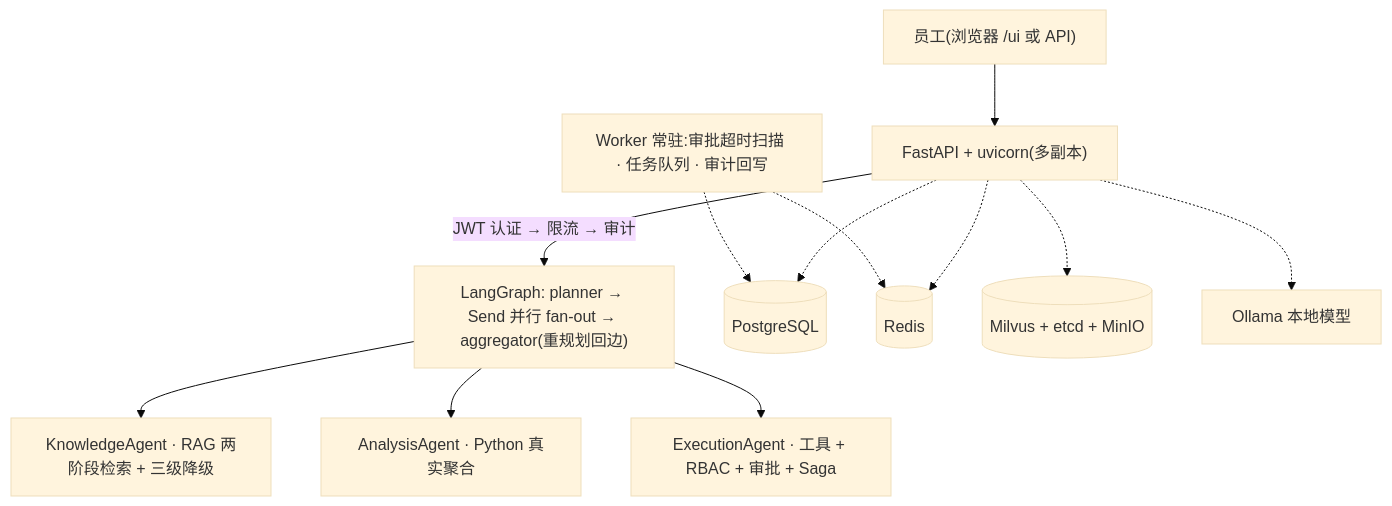
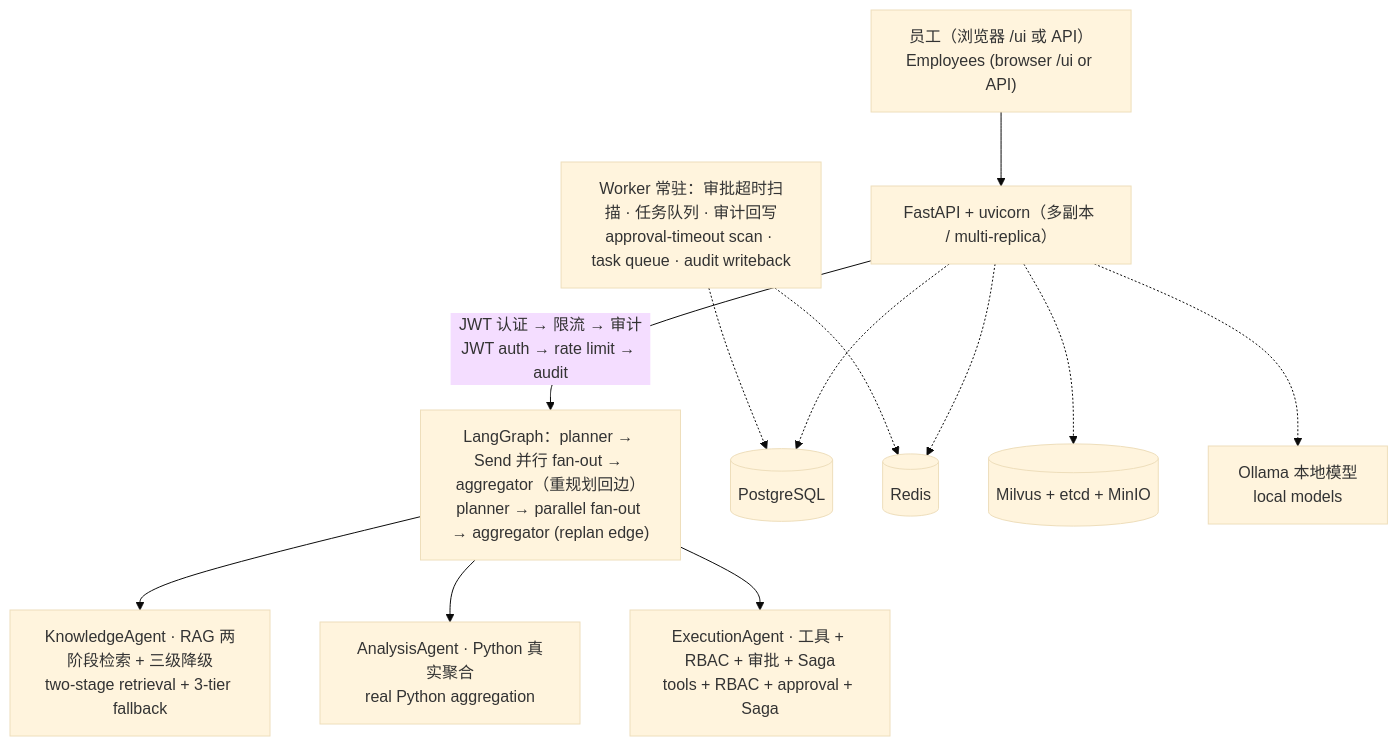
The diagram in README.md (zhenkun26/BusinessAgent), drawn with Mermaid (base theme) before and after one commit. The commit also changed other lines of this file, not shown here.

````diff
--- a/README.md
+++ b/README.md
@@ -38,14 +59,14 @@
 ```mermaid
 flowchart TD
-    U["员工(浏览器 /ui 或 API)"] --> A["FastAPI + uvicorn(多副本)"]
-    A -->|"JWT 认证 → 限流 → 审计"| G["LangGraph: planner → Send 并行 fan-out → aggregator(重规划回边)"]
-    G --> KA["KnowledgeAgent · RAG 两阶段检索 + 三级降级"]
-    G --> AA["AnalysisAgent · Python 真实聚合"]
-    G --> EA["ExecutionAgent · 工具 + RBAC + 审批 + Saga"]
+    U["员工（浏览器 /ui 或 API）<br/>Employees (browser /ui or API)"] --> A["FastAPI + uvicorn（多副本 / multi-replica）"]
+    A -->|"JWT 认证 → 限流 → 审计<br/>JWT auth → rate limit → audit"| G["LangGraph：planner → Send 并行 fan-out → aggregator（重规划回边）<br/>planner → parallel fan-out → aggregator (replan edge)"]
+    G --> KA["KnowledgeAgent · RAG 两阶段检索 + 三级降级<br/>two-stage retrieval + 3-tier fallback"]
+    G --> AA["AnalysisAgent · Python 真实聚合<br/>real Python aggregation"]
+    G --> EA["ExecutionAgent · 工具 + RBAC + 审批 + Saga<br/>tools + RBAC + approval + Saga"]
     A -.-> PG[(PostgreSQL)]
     A -.-> RD[(Redis)]
     A -.-> MV[(Milvus + etcd + MinIO)]
-    A -.-> OL[Ollama 本地模型]
-    W["Worker 常驻:审批超时扫描 · 任务队列 · 审计回写"] -.-> PG
+    A -.-> OL[Ollama 本地模型<br/>local models]
+    W["Worker 常驻：审批超时扫描 · 任务队列 · 审计回写<br/>approval-timeout scan · task queue · audit writeback"] -.-> PG
     W -.-> RD
 ```
````
